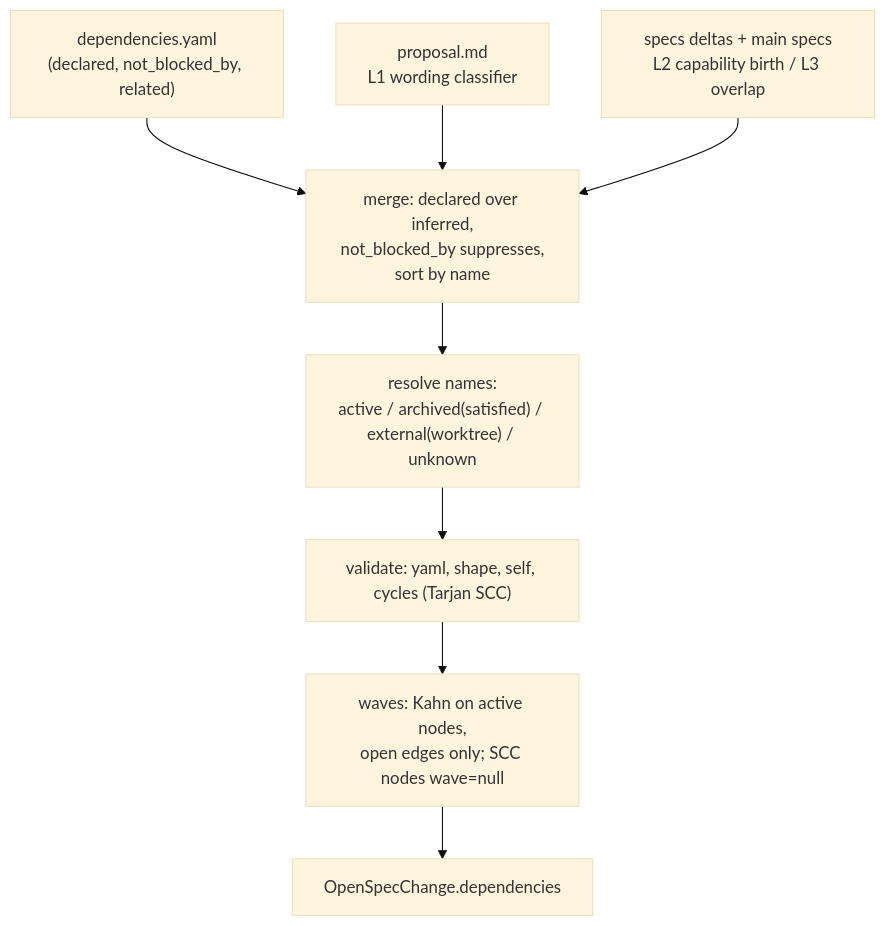
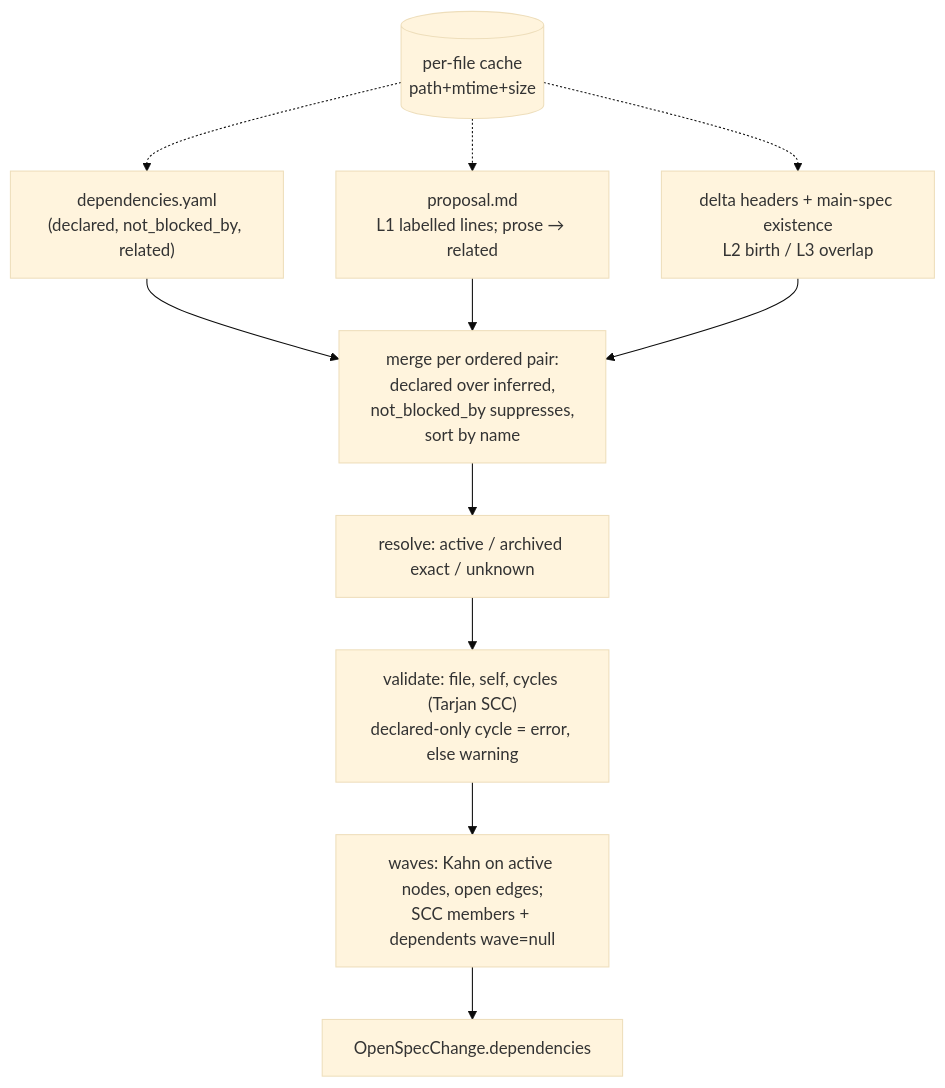
Before and after one commit to BlackBeltTechnology/pi-agent-dashboard: the diagram in openspec/changes/add-openspec-change-dependencies/design.md, drawn with Mermaid (base theme). The commit also changed other lines of this file and 14 other files, not shown here.

````diff
--- a/openspec/changes/add-openspec-change-dependencies/design.md
+++ b/openspec/changes/add-openspec-change-dependencies/design.md
@@ -40,10 +45,11 @@
 ```mermaid
 flowchart TD
   F["dependencies.yaml<br/>(declared, not_blocked_by, related)"] --> M
-  P["proposal.md<br/>L1 wording classifier"] --> M
-  S["specs deltas + main specs<br/>L2 capability birth / L3 overlap"] --> M
-  M["merge: declared over inferred,<br/>not_blocked_by suppresses,<br/>sort by name"] --> R["resolve names:<br/>active / archived(satisfied) / external(worktree) / unknown"]
-  R --> V["validate: yaml, shape, self, cycles (Tarjan SCC)"]
-  V --> W["waves: Kahn on active nodes,<br/>open edges only; SCC nodes wave=null"]
+  P["proposal.md<br/>L1 labelled lines; prose → related"] --> M
+  S["delta headers + main-spec existence<br/>L2 birth / L3 overlap"] --> M
+  C[("per-file cache<br/>path+mtime+size")] -.-> F & P & S
+  M["merge per ordered pair:<br/>declared over inferred,<br/>not_blocked_by suppresses,<br/>sort by name"] --> R["resolve: active / archived exact / unknown"]
+  R --> V["validate: file, self, cycles (Tarjan SCC)<br/>declared-only cycle = error, else warning"]
+  V --> W["waves: Kahn on active nodes, open edges;<br/>SCC members + dependents wave=null"]
   W --> O["OpenSpecChange.dependencies"]
 ```
````
